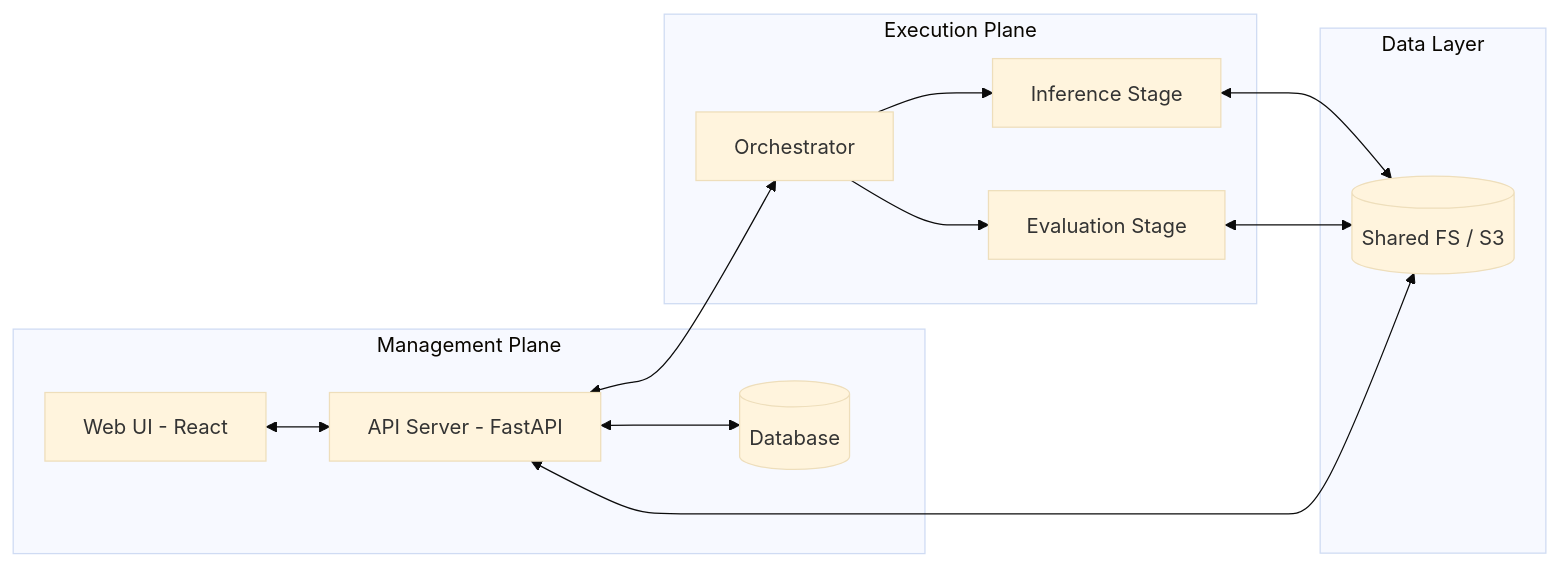
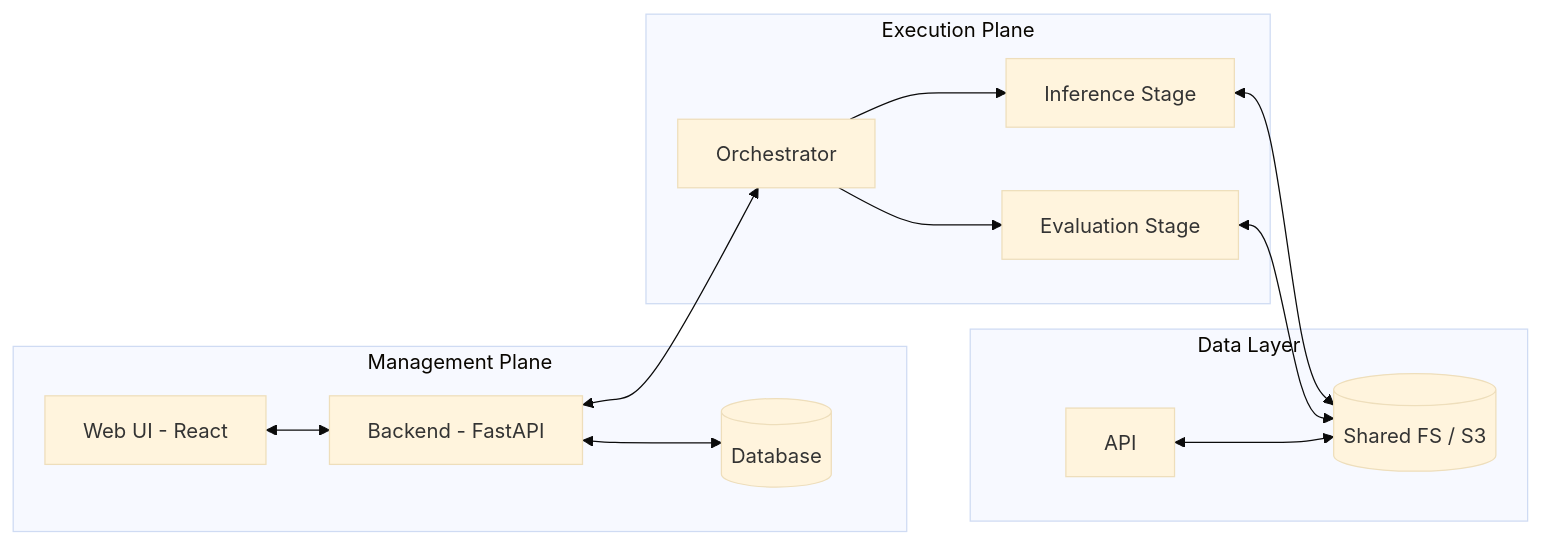
Before and after one commit to VLMHyperBenchTeam/vlmhyperbench_playground: the third of 4 diagrams in plans/architecture_vlm_eval_v2.md, drawn with Mermaid (base theme).

Commit message:
build: обновление субмодулей и корректировка схемы архитектуры
Обновлены указатели на коммиты для .kilocode и docs_site. В документе с
планом архитектуры v2 внесены правки в Mermaid-диаграмму: компонент API
переименован в BE (Backend) для более точного описания системы.

````diff
--- a/plans/architecture_vlm_eval_v2.md
+++ b/plans/architecture_vlm_eval_v2.md
@@ -166,20 +166,20 @@
 ```mermaid
 graph LR
     subgraph "Management Plane"
-        UI[Web UI - React] <--> API[API Server - FastAPI]
-        API <--> DB[(Database)]
+        UI[Web UI - React] <--> BE[Backend - FastAPI]
+        BE <--> DB[(Database)]
     end
 
     subgraph "Execution Plane"
-        API <--> Orch[Orchestrator]
+        BE <--> Orch[Orchestrator]
         Orch --> Stage1[Inference Stage]
         Orch --> Stage2[Evaluation Stage]
     end
 
     subgraph "Data Layer"
         FS[(Shared FS / S3)]
         Stage1 <--> FS
         Stage2 <--> FS
         API <--> FS
     end
 ```
````
